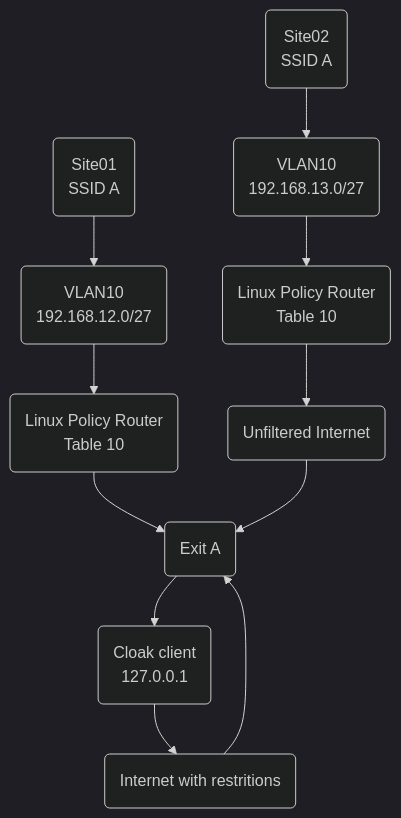
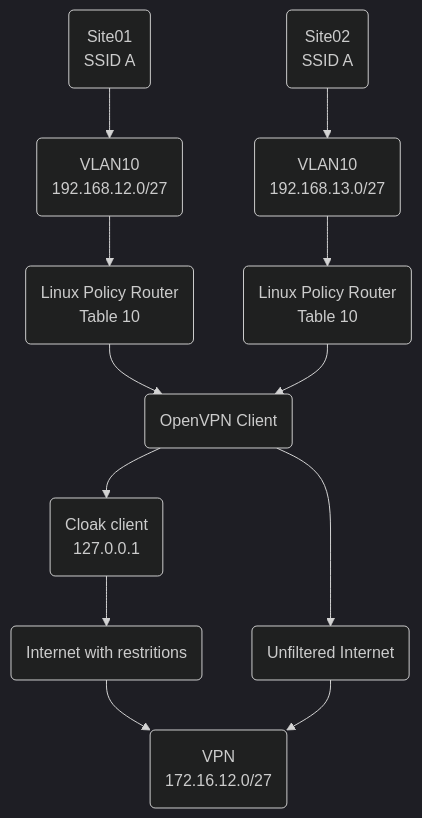
The fourth of 5 diagrams in README.md (timothyclarke/linux-vpn-router), drawn with Mermaid (dark theme) before and after one commit.

Commit message:
Updated diagram

````diff
--- a/README.md
+++ b/README.md
@@ -93,5 +93,5 @@
 ```mermaid
 graph TD;
- A01(Site01<br/>SSID A) --> A02(VLAN10<br/>192.168.12.0/27) --> A03(Linux Policy Router<br/>Table 10<br>) --> VPN(VPN<br/>172.16.12.0/27) --> Cloak(Cloak client<br>127.0.0.1) --> InetA(Internet with restritions) --> VPN(Exit A)
- B01(Site02<br/>SSID A) --> B02(VLAN10<br/>192.168.13.0/27) --> B03(Linux Policy Router<br/>Table 10<br>) --> InetB(Unfiltered Internet) --> VPN
+ A01(Site01<br/>SSID A) --> A02(VLAN10<br/>192.168.12.0/27) --> A03(Linux Policy Router<br/>Table 10<br>) --> VPNClient(OpenVPN Client) --> Cloak(Cloak client<br>127.0.0.1) --> InetA(Internet with restritions) --> VPN(VPN<br/>172.16.12.0/27)
+ B01(Site02<br/>SSID A) --> B02(VLAN10<br/>192.168.13.0/27) --> B03(Linux Policy Router<br/>Table 10<br>) --> VPNClient --> InetB(Unfiltered Internet) --> VPN
 ```
````
